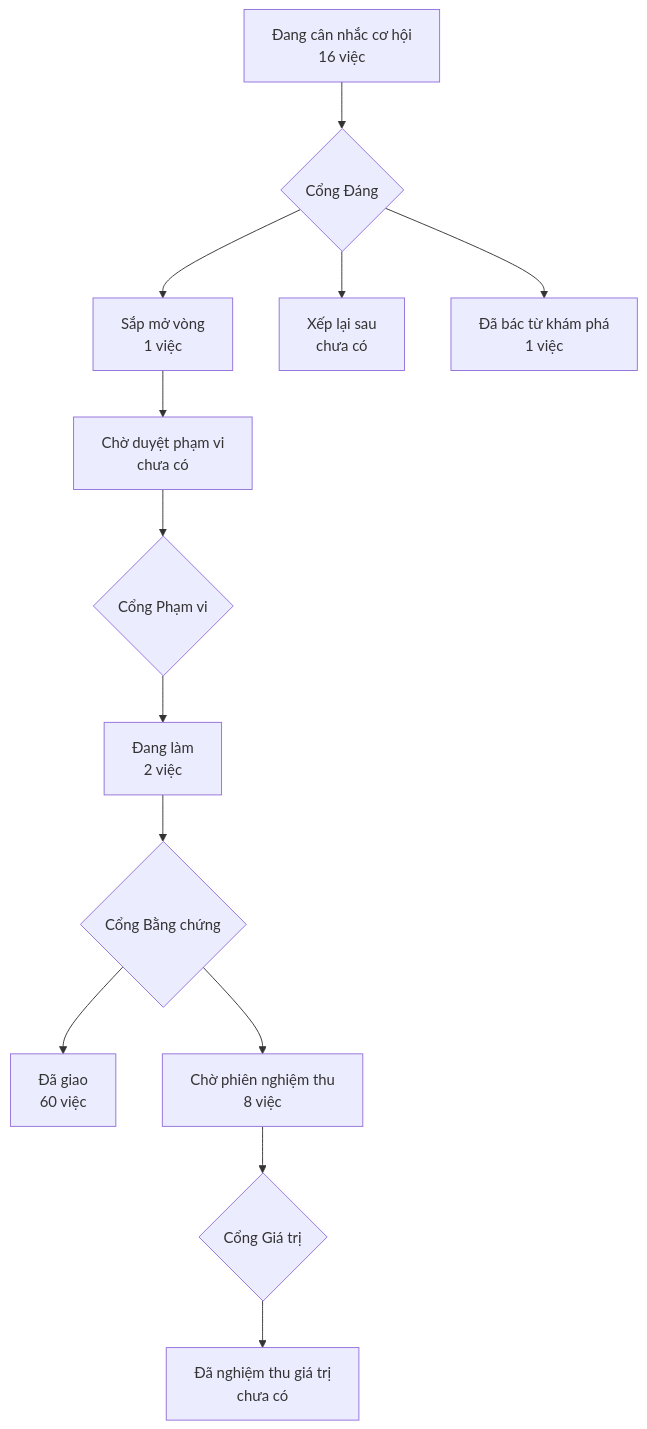
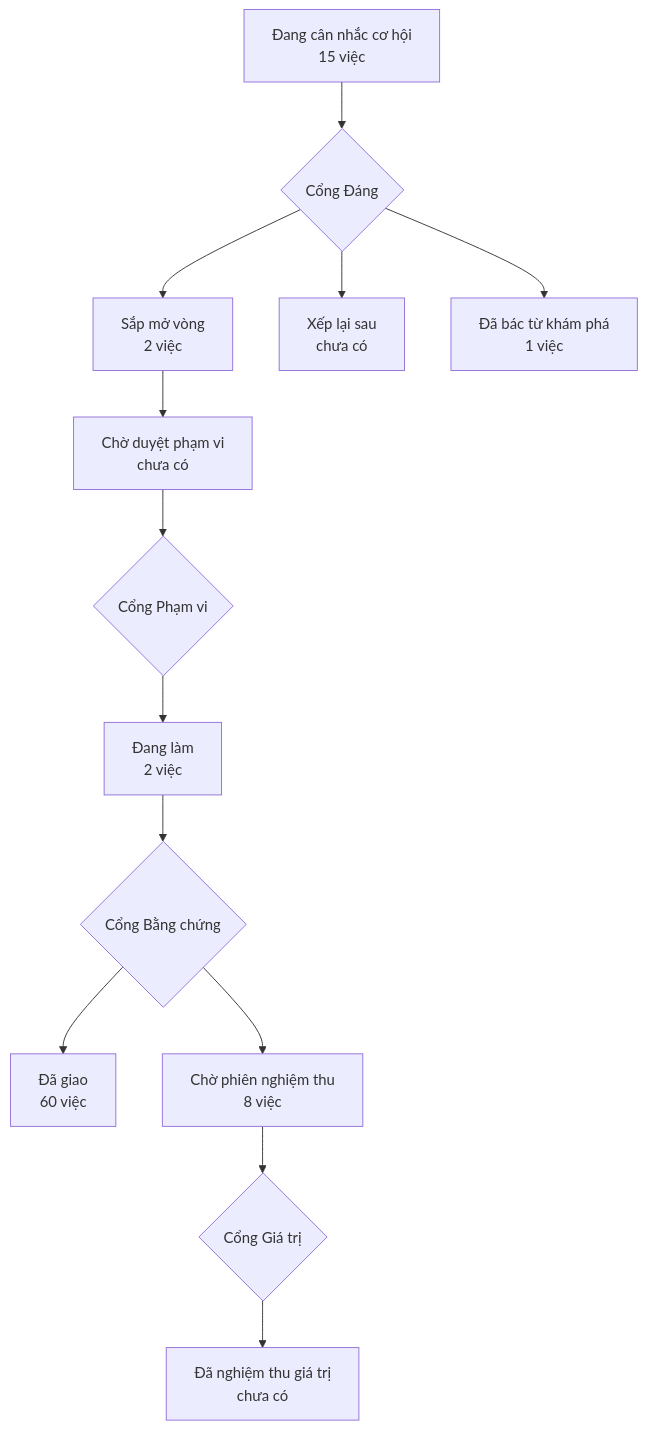
The diagram in PRODUCT-MAP.md (phanlemanh/acceptance-gate-kit), drawn with Mermaid before and after one commit. The commit also changed 1 other file, not shown here.

Commit message:
Gate Đáng signoff: khuon-rang-dung-chung — Manh Phan, build, phạm vi thu về ba chốt cứng

````diff
--- a/PRODUCT-MAP.md
+++ b/PRODUCT-MAP.md
@@ -6,12 +6,12 @@
 ```mermaid
 flowchart TD
-  A["Đang cân nhắc cơ hội<br/>16 việc"] --> GD{"Cổng Đáng"}
-  GD --> B["Sắp mở vòng<br/>1 việc"]
+  A["Đang cân nhắc cơ hội<br/>15 việc"] --> GD{"Cổng Đáng"}
+  GD --> B["Sắp mở vòng<br/>2 việc"]
   GD --> XL["Xếp lại sau<br/>chưa có"]
   GD --> DB["Đã bác từ khám phá<br/>1 việc"]
   B --> CD["Chờ duyệt phạm vi<br/>chưa có"] --> GP{"Cổng Phạm vi"}
   GP --> DL["Đang làm<br/>2 việc"] --> GB{"Cổng Bằng chứng"}
   GB --> DG["Đã giao<br/>60 việc"]
   GB --> CN["Chờ phiên nghiệm thu<br/>8 việc"] --> GG{"Cổng Giá trị"}
   GG --> NT["Đã nghiệm thu giá trị<br/>chưa có"]
 ```
````
